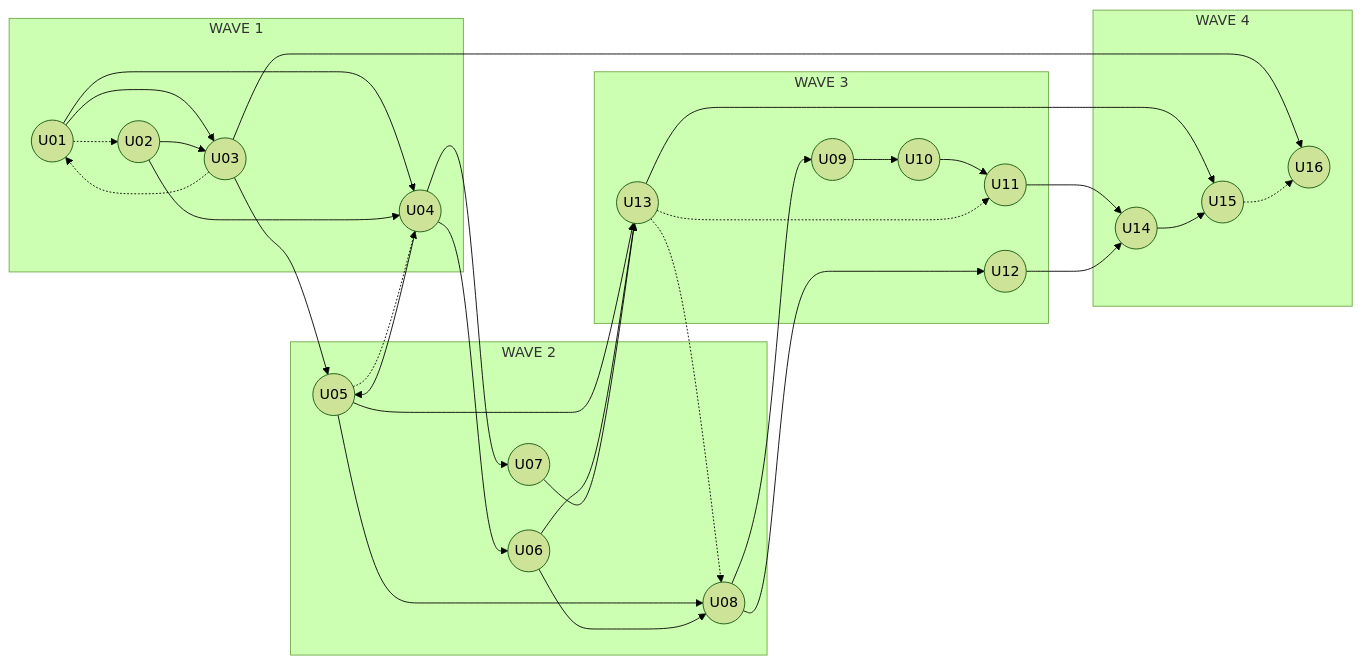
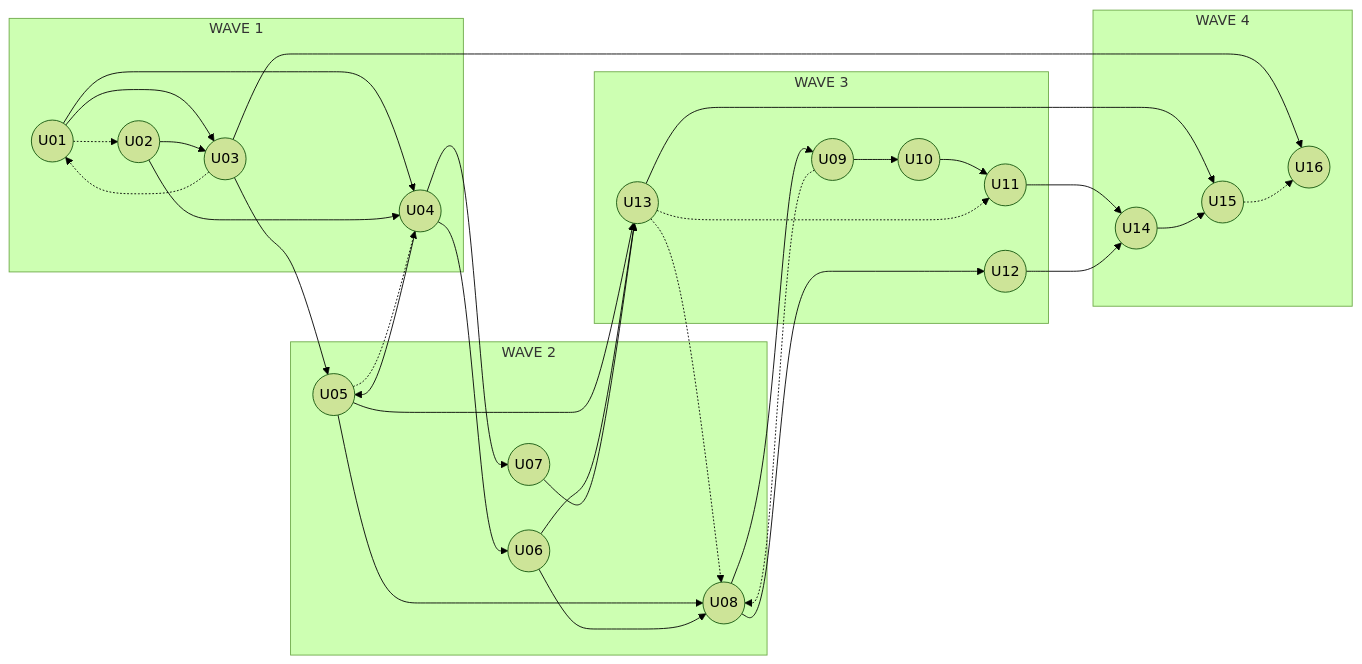
Before and after one commit to hygef-v4/AI-Powered-Learning-Platform: the diagram in aidlc-docs/inception/application-design/unit-of-work-dependency.md, drawn with Mermaid (forest theme). The commit also changed other lines of this file and 26 other files, not shown here.

````diff
--- a/aidlc-docs/inception/application-design/unit-of-work-dependency.md
+++ b/aidlc-docs/inception/application-design/unit-of-work-dependency.md
@@ -30,57 +30,58 @@
 ```mermaid
 flowchart LR
     subgraph W1["WAVE 1"]
         U01((U01))
         U02((U02))
         U03((U03))
         U04((U04))
     end
     subgraph W2["WAVE 2"]
         U05((U05))
         U06((U06))
         U07((U07))
         U08((U08))
     end
     subgraph W3["WAVE 3"]
         U09((U09))
         U10((U10))
         U11((U11))
         U12((U12))
         U13((U13))
     end
     subgraph W4["WAVE 4"]
         U14((U14))
         U15((U15))
         U16((U16))
     end
 
     U01 --> U03
     U01 --> U04
     U02 --> U03
     U02 --> U04
     U03 --> U05
     U04 --> U05
     U04 --> U06
     U04 --> U07
     U05 --> U08
     U06 --> U08
     U05 --> U13
     U06 --> U13
     U07 --> U13
     U08 --> U09
     U08 --> U12
     U09 --> U10
     U10 --> U11
     U11 --> U14
     U12 --> U14
     U13 --> U15
     U14 --> U15
     U03 --> U16
 
     U01 -.-> U02
     U03 -.-> U01
     U05 -.-> U04
     U13 -.-> U08
+    U09 -.-> U08
     U13 -.-> U11
     U15 -.-> U16
 ```
````
